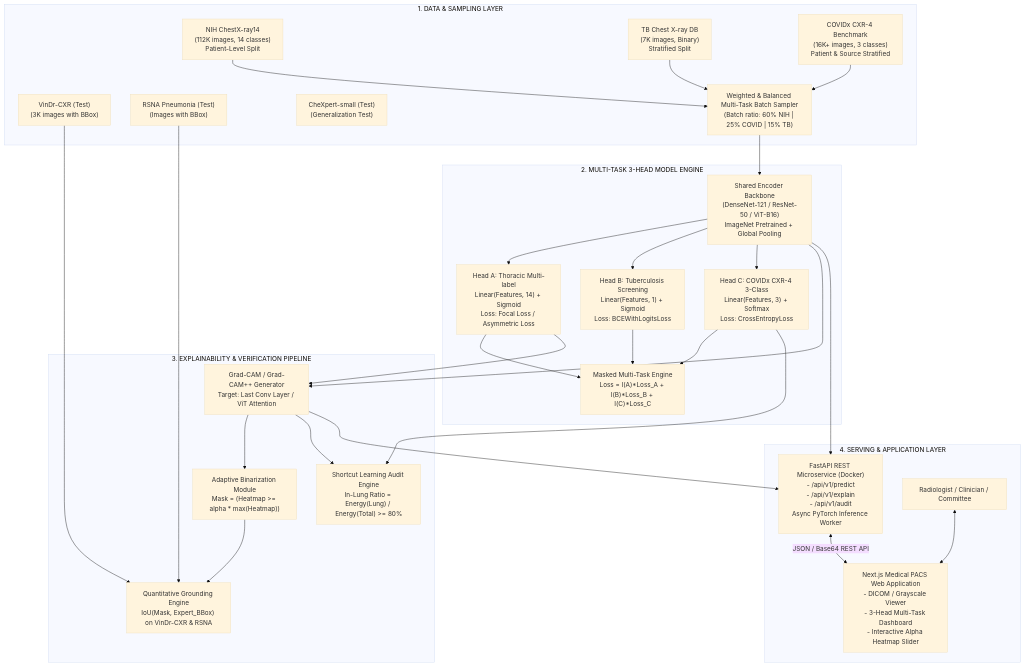
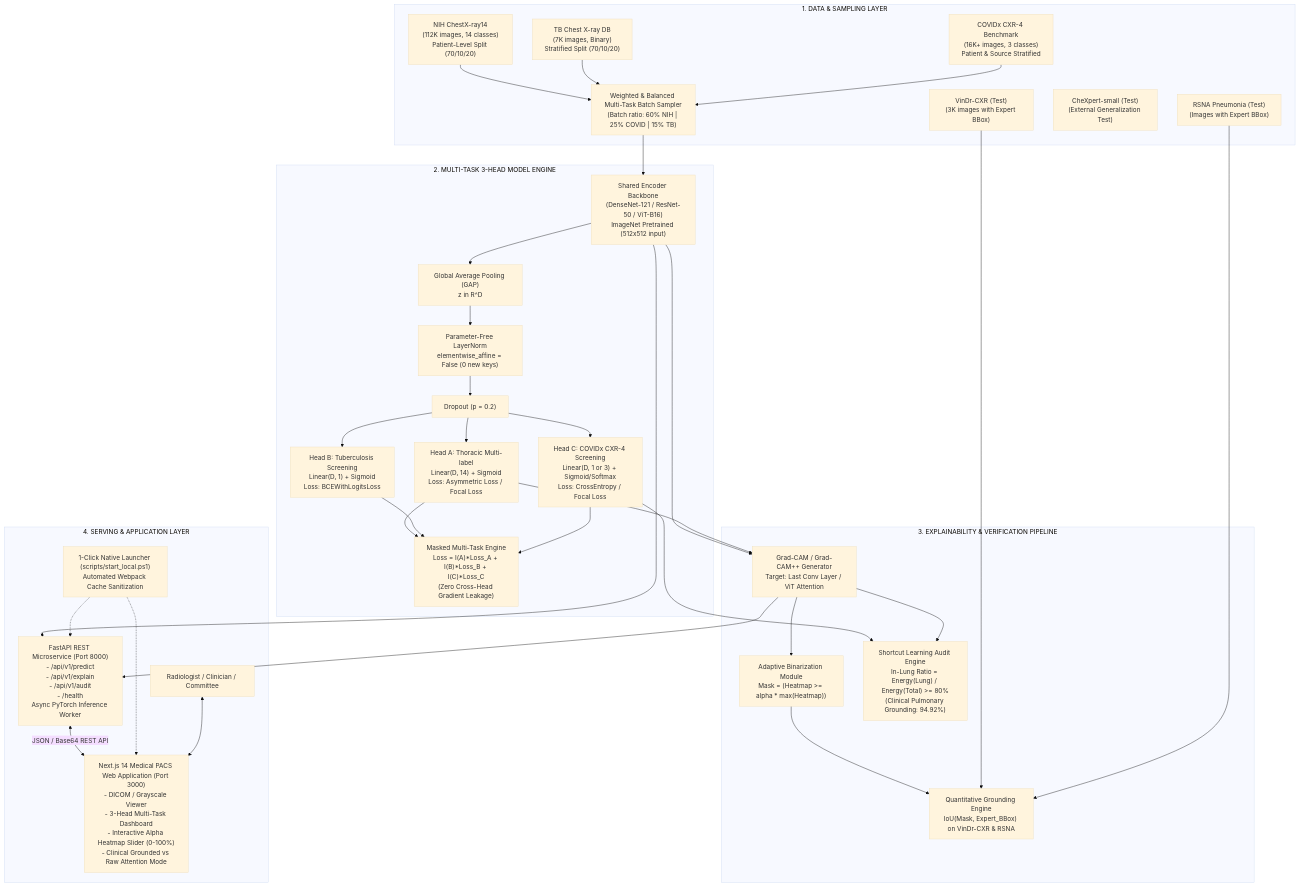
Before and after one commit to philipsgn/LungRay: the diagram in TECH_ARCHITECTURE.md, drawn with Mermaid (base theme). The commit also changed other lines of this file and 9 other files, not shown here.

````diff
--- a/TECH_ARCHITECTURE.md
+++ b/TECH_ARCHITECTURE.md
@@ -33,55 +34,62 @@
 ```mermaid
 flowchart TB
     subgraph DataLayer ["1. DATA & SAMPLING LAYER"]
-        D1["NIH ChestX-ray14\n(112K images, 14 classes)\nPatient-Level Split"]
-        D2["TB Chest X-ray DB\n(7K images, Binary)\nStratified Split"]
+        D1["NIH ChestX-ray14\n(112K images, 14 classes)\nPatient-Level Split (70/10/20)"]
+        D2["TB Chest X-ray DB\n(7K images, Binary)\nStratified Split (70/10/20)"]
         D3["COVIDx CXR-4 Benchmark\n(16K+ images, 3 classes)\nPatient & Source Stratified"]
-        D4["VinDr-CXR (Test)\n(3K images with BBox)"]
-        D5["RSNA Pneumonia (Test)\n(Images with BBox)"]
-        D6["CheXpert-small (Test)\n(Generalization Test)"]
+        D4["VinDr-CXR (Test)\n(3K images with Expert BBox)"]
+        D5["RSNA Pneumonia (Test)\n(Images with Expert BBox)"]
+        D6["CheXpert-small (Test)\n(External Generalization Test)"]
         
         WBS["Weighted & Balanced Multi-Task Batch Sampler\n(Batch ratio: 60% NIH | 25% COVID | 15% TB)"]
         D1 --> WBS
         D2 --> WBS
         D3 --> WBS
     end
 
     subgraph ModelLayer ["2. MULTI-TASK 3-HEAD MODEL ENGINE"]
-        Backbone["Shared Encoder Backbone\n(DenseNet-121 / ResNet-50 / ViT-B16)\nImageNet Pretrained + Global Pooling"]
+        Backbone["Shared Encoder Backbone\n(DenseNet-121 / ResNet-50 / ViT-B16)\nImageNet Pretrained (512x512 input)"]
+        GAP["Global Average Pooling (GAP)\nz in R^D"]
+        LN["Parameter-Free LayerNorm\nelementwise_affine = False (0 new keys)"]
+        Drop["Dropout (p = 0.2)"]
+        
         WBS --> Backbone
+        Backbone --> GAP --> LN --> Drop
         
-        HeadA["Head A: Thoracic Multi-label\nLinear(Features, 14) + Sigmoid\nLoss: Focal Loss / Asymmetric Loss"]
-        HeadB["Head B: Tuberculosis Screening\nLinear(Features, 1) + Sigmoid\nLoss: BCEWithLogitsLoss"]
-        HeadC["Head C: COVIDx CXR-4 3-Class\nLinear(Features, 3) + Softmax\nLoss: CrossEntropyLoss"]
+        HeadA["Head A: Thoracic Multi-label\nLinear(D, 14) + Sigmoid\nLoss: Asymmetric Loss / Focal Loss"]
+        HeadB["Head B: Tuberculosis Screening\nLinear(D, 1) + Sigmoid\nLoss: BCEWithLogitsLoss"]
+        HeadC["Head C: COVIDx CXR-4 Screening\nLinear(D, 1 or 3) + Sigmoid/Softmax\nLoss: CrossEntropy / Focal Loss"]
         
-        Backbone --> HeadA
-        Backbone --> HeadB
-        Backbone --> HeadC
+        Drop --> HeadA
+        Drop --> HeadB
+        Drop --> HeadC
         
-        Engine["Masked Multi-Task Engine\nLoss = I(A)*Loss_A + I(B)*Loss_B + I(C)*Loss_C"]
+        Engine["Masked Multi-Task Engine\nLoss = I(A)*Loss_A + I(B)*Loss_B + I(C)*Loss_C\n(Zero Cross-Head Gradient Leakage)"]
         HeadA --> Engine
         HeadB --> Engine
         HeadC --> Engine
     end
 
     subgraph XAILayer ["3. EXPLAINABILITY & VERIFICATION PIPELINE"]
         CAM["Grad-CAM / Grad-CAM++ Generator\nTarget: Last Conv Layer / ViT Attention"]
         Bin["Adaptive Binarization Module\nMask = (Heatmap >= alpha * max(Heatmap))"]
         IoU["Quantitative Grounding Engine\nIoU(Mask, Expert_BBox) on VinDr-CXR & RSNA"]
-        Audit["Shortcut Learning Audit Engine\nIn-Lung Ratio = Energy(Lung) / Energy(Total) >= 80%"]
+        Audit["Shortcut Learning Audit Engine\nIn-Lung Ratio = Energy(Lung) / Energy(Total) >= 80%\n(Clinical Pulmonary Grounding: 94.92%)"]
         
         Backbone & HeadA --> CAM
         CAM --> Bin --> IoU
         D4 & D5 --> IoU
         HeadC & CAM --> Audit
     end
 
     subgraph ServingLayer ["4. SERVING & APPLICATION LAYER"]
-        FastAPI["FastAPI REST Microservice (Docker)\n- /api/v1/predict\n- /api/v1/explain\n- /api/v1/audit\nAsync PyTorch Inference Worker"]
-        NextJS["Next.js Medical PACS Web Application\n- DICOM / Grayscale Viewer\n- 3-Head Multi-Task Dashboard\n- Interactive Alpha Heatmap Slider"]
+        FastAPI["FastAPI REST Microservice (Port 8000)\n- /api/v1/predict\n- /api/v1/explain\n- /api/v1/audit\n- /health\nAsync PyTorch Inference Worker"]
+        NextJS["Next.js 14 Medical PACS Web Application (Port 3000)\n- DICOM / Grayscale Viewer\n- 3-Head Multi-Task Dashboard\n- Interactive Alpha Heatmap Slider (0-100%)\n- Clinical Grounded vs Raw Attention Mode"]
+        Launcher["1-Click Native Launcher (scripts/start_local.ps1)\nAutomated Webpack Cache Sanitization"]
         
         Backbone & CAM --> FastAPI
         FastAPI <--> |JSON / Base64 REST API| NextJS
+        Launcher -.-> FastAPI & NextJS
         User["Radiologist / Clinician / Committee"] <--> NextJS
     end
 ```
````
